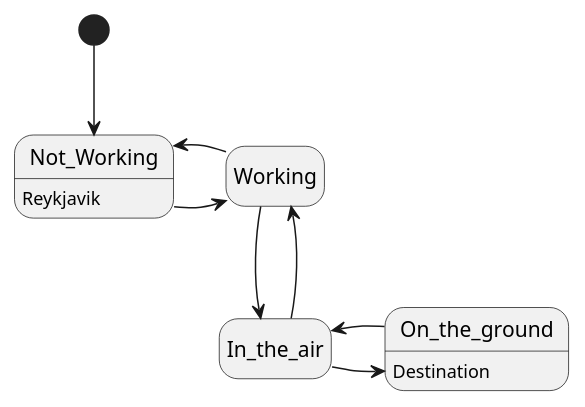
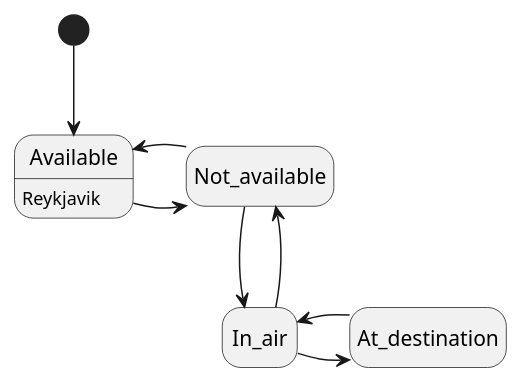
Before and after one commit to irmalexandra/vln1_chuck_nan: the diagram in design/state_diagrams/State_Diagram_Employees.puml, drawn with PlantUML. The commit also changed 3 other files, not shown here.

Commit message:
state diagrams

```diff
--- a/design/state_diagrams/State_Diagram_Employees.puml
+++ b/design/state_diagrams/State_Diagram_Employees.puml
@@ -1,13 +1,13 @@
 @startuml employees
 hide empty description
 
-[*] --> Not_Working
-Not_Working -> Working
-Not_Working : Reykjavik
-Working -> Not_Working
-Working --> In_the_air
-In_the_air -> Working
-In_the_air -> On_the_ground
-On_the_ground -> In_the_air
-On_the_ground : Destination
+[*] --> Available
+Available -> Not_available
+Available : Reykjavik
+Not_available -> Available
+Not_available --> In_air
+In_air -> Not_available
+In_air -> At_destination
+At_destination -> In_air
+
 @enduml
```
